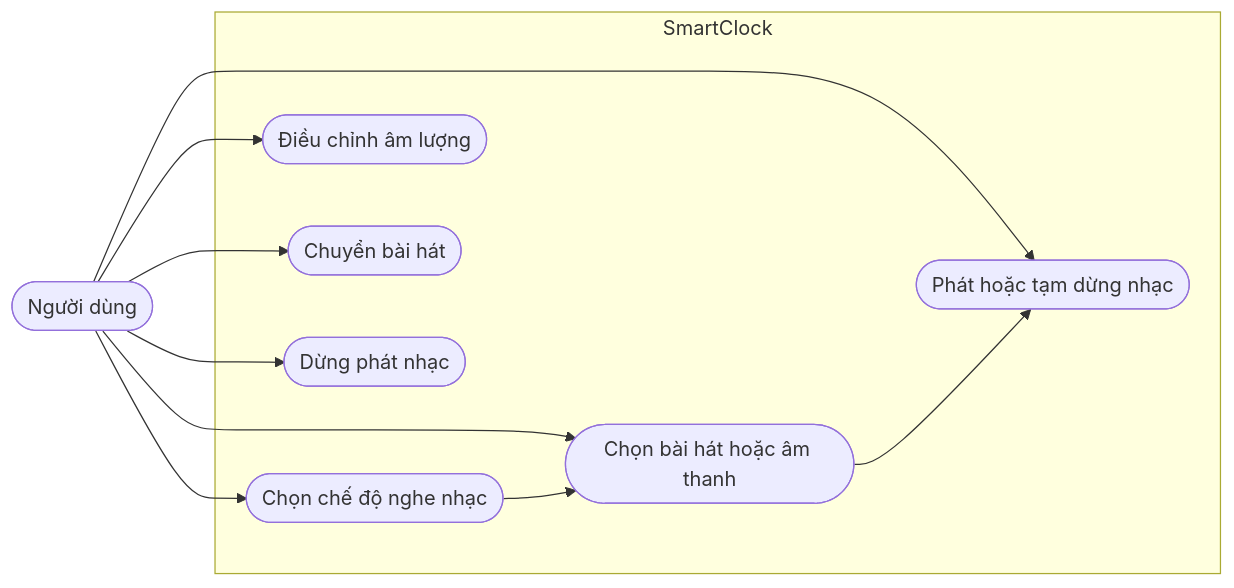
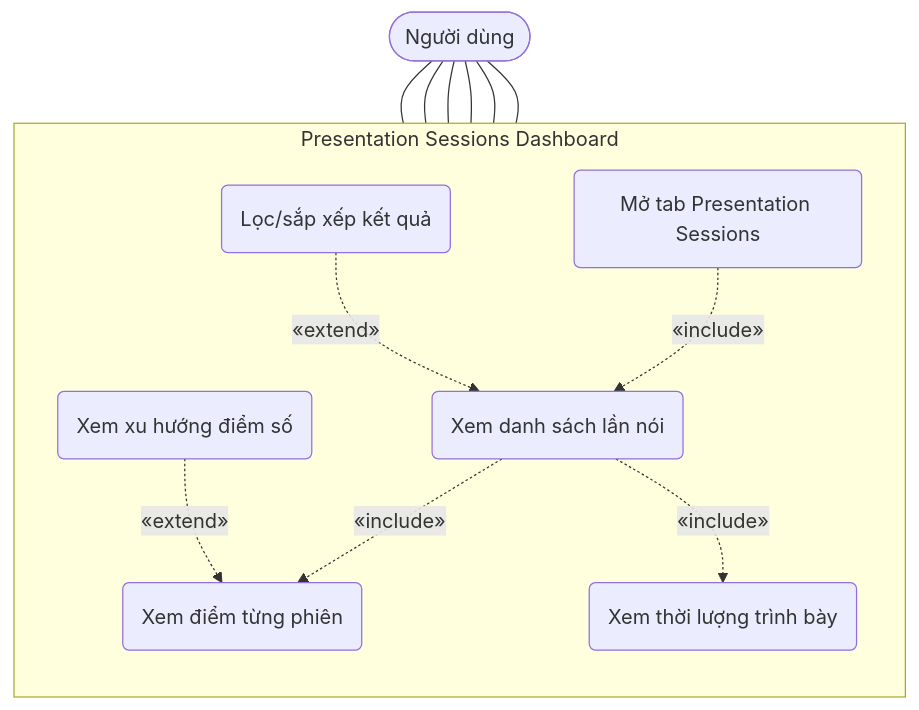
Before and after one commit to Computer-Vision-HCMUS/AIoT-Server: the tenth of 10 diagrams in docs/Spectification/SmartClock/03_Objectives.md, drawn with Mermaid. The commit also changed other lines of this file and 60 other files, not shown here.

Commit message:
Add new images for SmartClock presentation, remove outdated images, and introduce initial documentation for SomniLearnAI specifications, including objectives, architecture, and Edge AI functionalities.

````diff
--- a/docs/Spectification/SmartClock/03_Objectives.md
+++ b/docs/Spectification/SmartClock/03_Objectives.md
@@ -410,22 +499,27 @@
 ```mermaid
-flowchart LR
-    User([Người dùng])
+flowchart TD
+    User(["Người dùng"])
 
-    subgraph SmartClock["SmartClock"]
-        UC1([Chọn chế độ nghe nhạc])
-        UC2([Chọn bài hát hoặc âm thanh])
-        UC3([Phát hoặc tạm dừng nhạc])
-        UC4([Điều chỉnh âm lượng])
-        UC5([Chuyển bài hát])
-        UC6([Dừng phát nhạc])
+    subgraph PresentationDashboard["Presentation Sessions Dashboard"]
+        direction TB
+        UC1("Mở tab Presentation Sessions")
+        UC2("Xem danh sách lần nói")
+        UC3("Xem điểm từng phiên")
+        UC4("Xem thời lượng trình bày")
+        UC5("Xem xu hướng điểm số")
+        UC6("Lọc/sắp xếp kết quả")
     end
 
-    User --> UC1
-    User --> UC2
-    User --> UC3
-    User --> UC4
-    User --> UC5
-    User --> UC6
-    UC1 --> UC2
-    UC2 --> UC3
+    User --- UC1
+    User --- UC2
+    User --- UC3
+    User --- UC4
+    User --- UC5
+    User --- UC6
+
+    UC1 -. "«include»" .-> UC2
+    UC2 -. "«include»" .-> UC3
+    UC2 -. "«include»" .-> UC4
+    UC5 -. "«extend»" .-> UC3
+    UC6 -. "«extend»" .-> UC2
 ```
````
